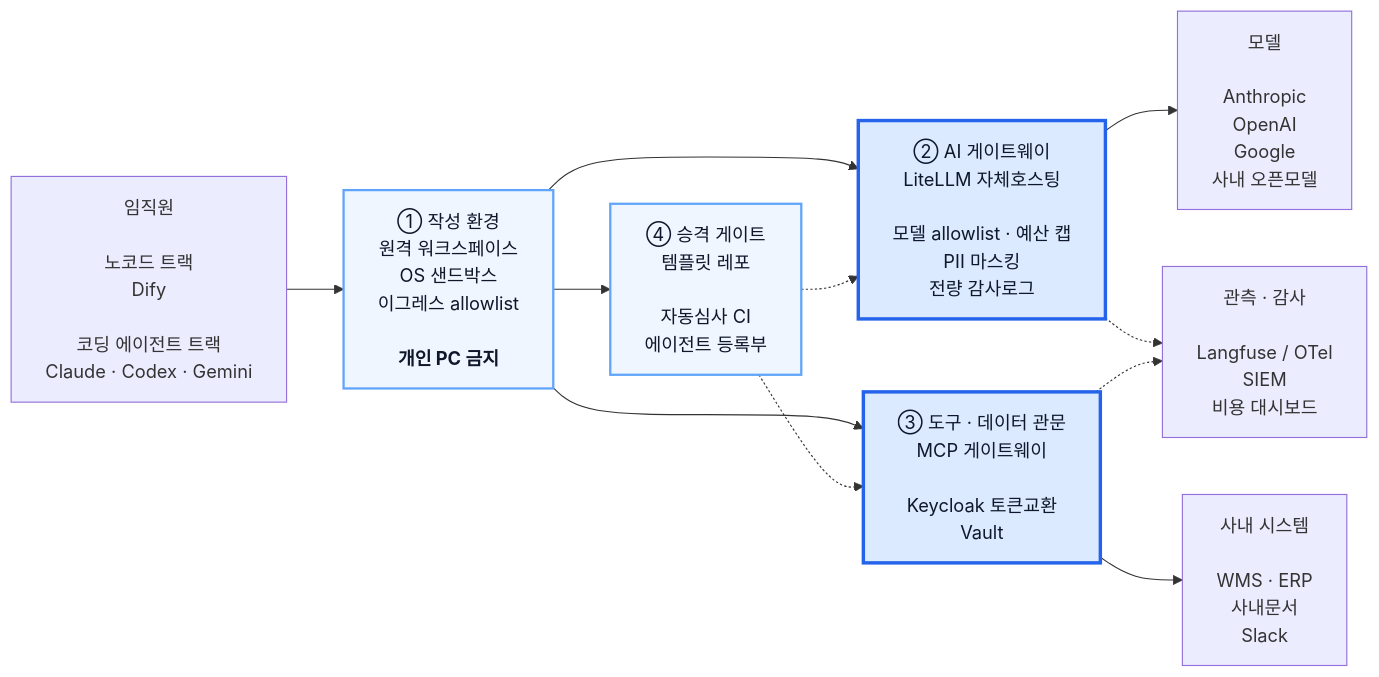
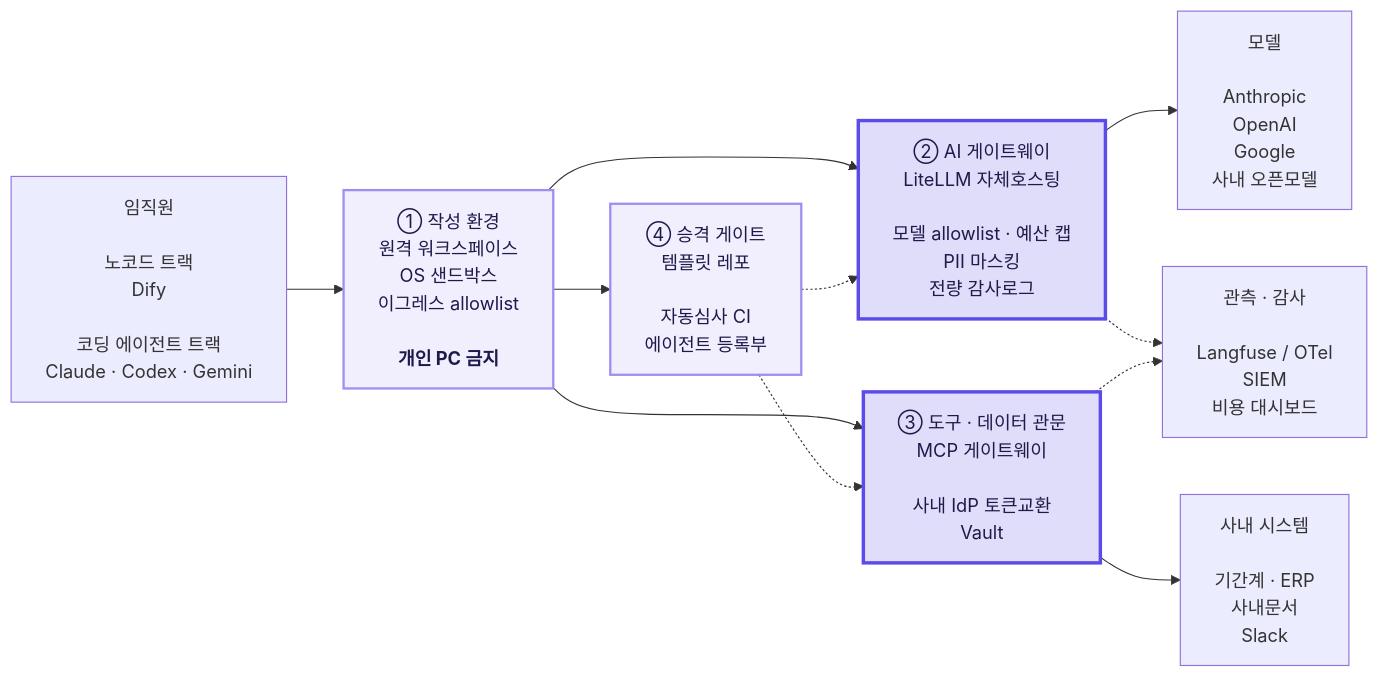
The diagram in agent-platform/deck/diagrams/s_arch.mmd (cyrano2011/pma-web), drawn with Mermaid before and after one commit. The commit also changed 12 other files, not shown here.

```diff
--- a/agent-platform/deck/diagrams/s_arch.mmd
+++ b/agent-platform/deck/diagrams/s_arch.mmd
@@ -1,26 +1,26 @@
 flowchart LR
     U["임직원<br/><br/>노코드 트랙<br/>Dify<br/><br/>코딩 에이전트 트랙<br/>Claude · Codex · Gemini"]
 
     W["① 작성 환경<br/>원격 워크스페이스<br/>OS 샌드박스<br/>이그레스 allowlist<br/><br/><b>개인 PC 금지</b>"]
 
     G["② AI 게이트웨이<br/>LiteLLM 자체호스팅<br/><br/>모델 allowlist · 예산 캡<br/>PII 마스킹<br/>전량 감사로그"]
-    T["③ 도구 · 데이터 관문<br/>MCP 게이트웨이<br/><br/>Keycloak 토큰교환<br/>Vault"]
+    T["③ 도구 · 데이터 관문<br/>MCP 게이트웨이<br/><br/>사내 IdP 토큰교환<br/>Vault"]
     D["④ 승격 게이트<br/>템플릿 레포<br/><br/>자동심사 CI<br/>에이전트 등록부"]
 
     M["모델<br/><br/>Anthropic<br/>OpenAI<br/>Google<br/>사내 오픈모델"]
-    S["사내 시스템<br/><br/>WMS · ERP<br/>사내문서<br/>Slack"]
+    S["사내 시스템<br/><br/>기간계 · ERP<br/>사내문서<br/>Slack"]
     O["관측 · 감사<br/><br/>Langfuse / OTel<br/>SIEM<br/>비용 대시보드"]
 
     U --> W
     W --> G --> M
     W --> T --> S
     W --> D
     D -.-> G
     D -.-> T
     G -.-> O
     T -.-> O
 
-    style G fill:#dbeafe,stroke:#2563eb,stroke-width:3px,color:#0f172a
-    style T fill:#dbeafe,stroke:#2563eb,stroke-width:3px,color:#0f172a
-    style W fill:#eff6ff,stroke:#60a5fa,stroke-width:2px,color:#0f172a
-    style D fill:#eff6ff,stroke:#60a5fa,stroke-width:2px,color:#0f172a
+    style G fill:#E0DDFB,stroke:#5B4BE8,stroke-width:3px,color:#1E1B4B
+    style T fill:#E0DDFB,stroke:#5B4BE8,stroke-width:3px,color:#1E1B4B
+    style W fill:#F1EFFE,stroke:#9B90F0,stroke-width:2px,color:#1E1B4B
+    style D fill:#F1EFFE,stroke:#9B90F0,stroke-width:2px,color:#1E1B4B
```
